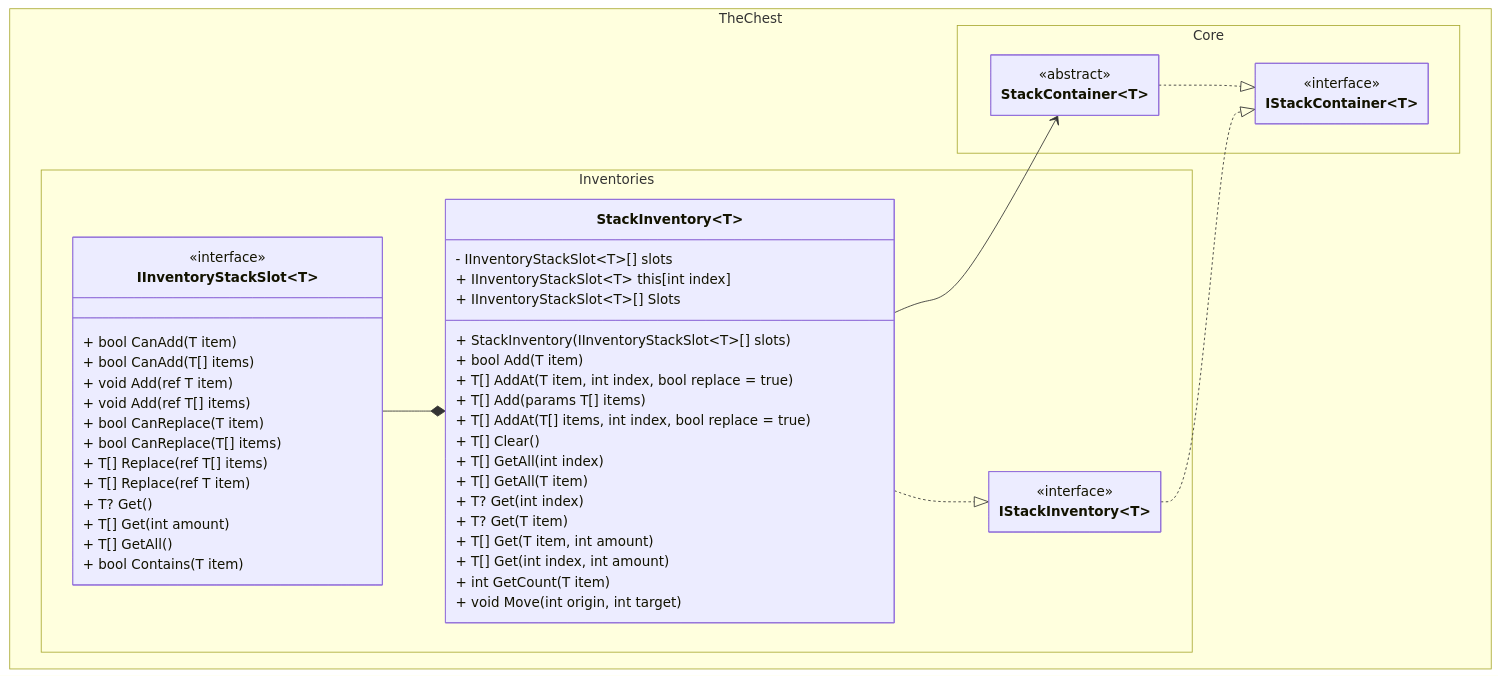
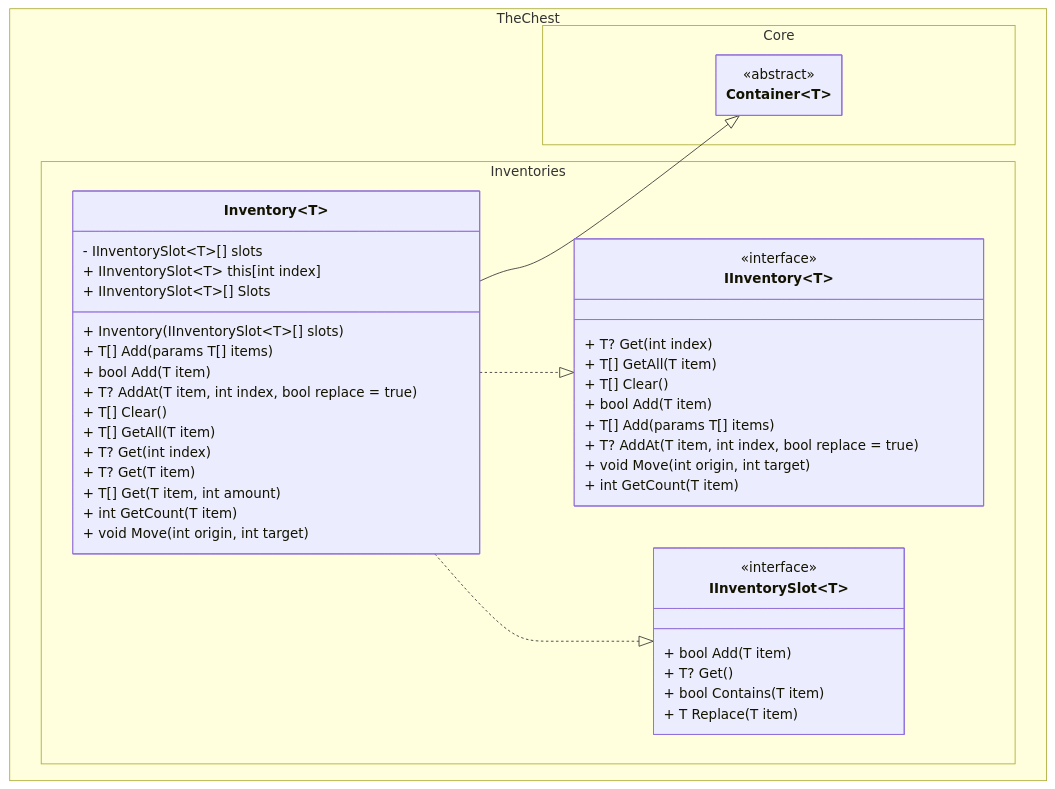
One commit to The-Chest/TheChest.Inventories changed the first of 2 diagrams in docs/class_diagram.md. Above: the diagram before and after it, drawn with Mermaid.

Commit message:
Adds Inventory Diagram

````diff
--- a/docs/class_diagram.md
+++ b/docs/class_diagram.md
@@ -8,66 +12,59 @@
 ```mermaid
 ---
 config:
   theme: mc
   look: classic
   class:
     hideEmptyMembersBox: true
 ---
 classDiagram
 direction TB
-    namespace TheChest.Core{
-        class IStackContainer~T~ {
-        }
-        class StackContainer~T~ {
-        }
+
+namespace TheChest.Core {
+    class Container~T~ {
     }
-    <<interface>> IStackContainer
-    
-    StackContainer ..|> IStackContainer 
-    
-    namespace TheChest.Inventories{
-        class StackInventory~T~ {
-            - IInventoryStackSlot~T~[] slots
-            + IInventoryStackSlot~T~ this[int index]
-            + IInventoryStackSlot~T~[] Slots
-            + StackInventory(IInventoryStackSlot~T~[] slots)
-            + bool Add(T item)
-            + T[] AddAt(T item, int index, bool replace = true)
-            + T[] Add(params T[] items)
-            + T[] AddAt(T[] items, int index, bool replace = true)
-            + T[] Clear()
-            + T[] GetAll(int index)
-            + T[] GetAll(T item)
-            + T? Get(int index)
-            + T? Get(T item)
-            + T[] Get(T item, int amount)
-            + T[] Get(int index, int amount)
-            + int GetCount(T item)
-            + void Move(int origin, int target)
-        }    
-        class IInventoryStackSlot~T~ {
-            + bool CanAdd(T item)
-            + bool CanAdd(T[] items)
-            + void Add(ref T item)
-            + void Add(ref T[] items)
-            + bool CanReplace(T item)
-            + bool CanReplace(T[] items)
-            + T[] Replace(ref T[] items)
-            + T[] Replace(ref T item)
-            + T? Get()
-            + T[] Get(int amount)
-            + T[] GetAll()
-            + bool Contains(T item)
-        }
-        class IStackInventory~T~ {
-        }
+}
+<<abstract>> Container
+
+namespace TheChest.Inventories {
+    class IInventory~T~ {
+        + T? Get(int index)
+        + T[] GetAll(T item)
+        + T[] Clear()
+        + bool Add(T item)
+        + T[] Add(params T[] items)
+        + T? AddAt(T item, int index, bool replace = true)
+        + void Move(int origin, int target)
+        + int GetCount(T item)
     }
-	<<abstract>> StackContainer
-	<<interface>> IStackInventory
-	<<interface>> IInventoryStackSlot
+    class IInventorySlot~T~ {
+        + bool Add(T item)
+        + T? Get()
+        + bool Contains(T item)
+        + T Replace(T item)
+    }
+    class Inventory~T~ {
+        - IInventorySlot~T~[] slots
+        + Inventory(IInventorySlot~T~[] slots)
+        + IInventorySlot~T~ this[int index]
+        + IInventorySlot~T~[] Slots
+        + T[] Add(params T[] items)
+        + bool Add(T item)
+        + T? AddAt(T item, int index, bool replace = true)
+        + T[] Clear()
+        + T[] GetAll(T item)
+        + T? Get(int index)
+        + T? Get(T item)
+        + T[] Get(T item, int amount)
+        + int GetCount(T item)
+        + void Move(int origin, int target)
+    }
+}
 
-    StackInventory ..|> IStackInventory
-    IStackInventory ..|> IStackContainer 
-    StackInventory --> StackContainer
-    IInventoryStackSlot --* StackInventory
+<<interface>> IInventorySlot
+<<interface>> IInventory
+
+Inventory~T~ --|> Container~T~ 
+Inventory~T~ ..|> IInventory~T~
+Inventory~T~ ..|> IInventorySlot~T~
 ```
````
